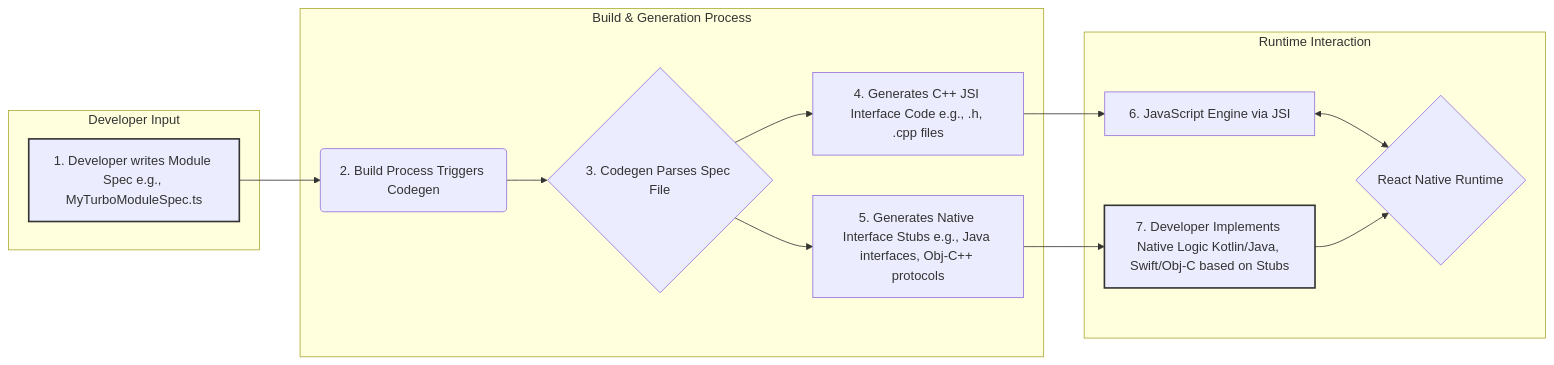
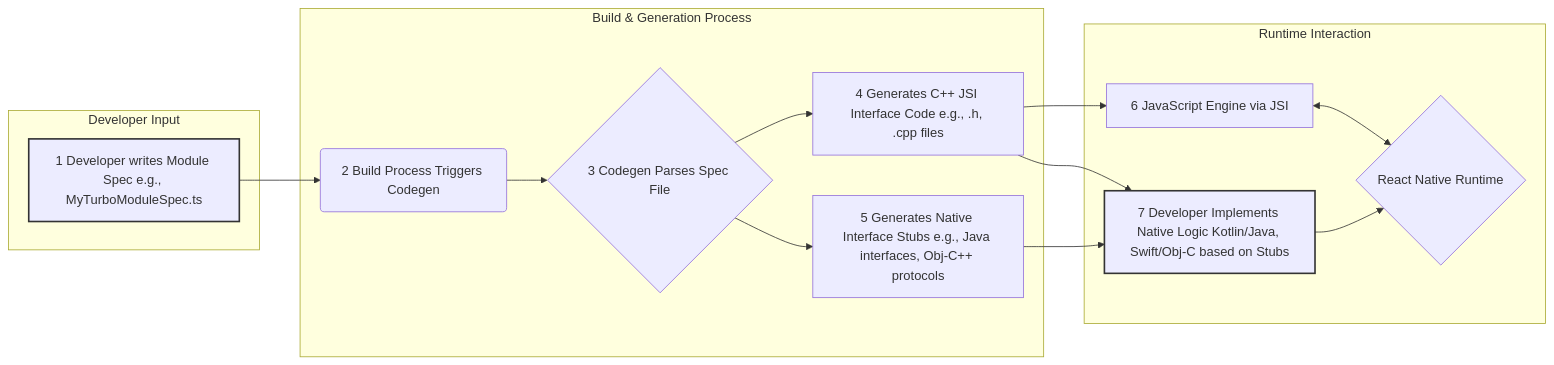
The diagram in modules/module-14-working-with-native-modules/section-05-turbomodules.md (nickPattLB303/react-native-examples), drawn with Mermaid before and after one commit. The commit also changed other lines of this file and 3 other files, not shown here.

First line of the commit message:
Enhance Documentation on React Native's New Architecture and TurboModules

````diff
--- a/modules/module-14-working-with-native-modules/section-05-turbomodules.md
+++ b/modules/module-14-working-with-native-modules/section-05-turbomodules.md
@@ -53,29 +57,30 @@
     ```mermaid
     graph LR
-        A[1. Developer writes Module Spec e.g., MyTurboModuleSpec.ts] --> B(2. Build Process Triggers Codegen);
-        B --> C{3. Codegen Parses Spec File};
-        C --> D[4. Generates C++ JSI Interface Code e.g., .h, .cpp files];
-        C --> E[5. Generates Native Interface Stubs e.g., Java interfaces, Obj-C++ protocols];
-        D --> F[6. JavaScript Engine via JSI];
-        E --> G[7. Developer Implements Native Logic Kotlin/Java, Swift/Obj-C based on Stubs];
+        A[1 Developer writes Module Spec e.g., MyTurboModuleSpec.ts] --> B(2 Build Process Triggers Codegen);
+        B --> C{3 Codegen Parses Spec File};
+        C --> D[4 Generates C++ JSI Interface Code e.g., .h, .cpp files];
+        C --> E[5 Generates Native Interface Stubs e.g., Java interfaces, Obj-C++ protocols];
+        D --> F[6 JavaScript Engine via JSI];
+        D --> G[7 Developer Implements Native Logic Kotlin/Java, Swift/Obj-C based on Stubs];
+        E --> G;
         F <--> H{React Native Runtime};
         G --> H;
 
         subgraph Developer Input
             A
         end
         subgraph Build & Generation Process
             B
             C
             D
             E
         end
         subgraph Runtime Interaction
             F
             G
             H
         end
 
         style A fill:#lightgrey,stroke:#333,stroke-width:2px
         style G fill:#lightgrey,stroke:#333,stroke-width:2px
     ```
````
